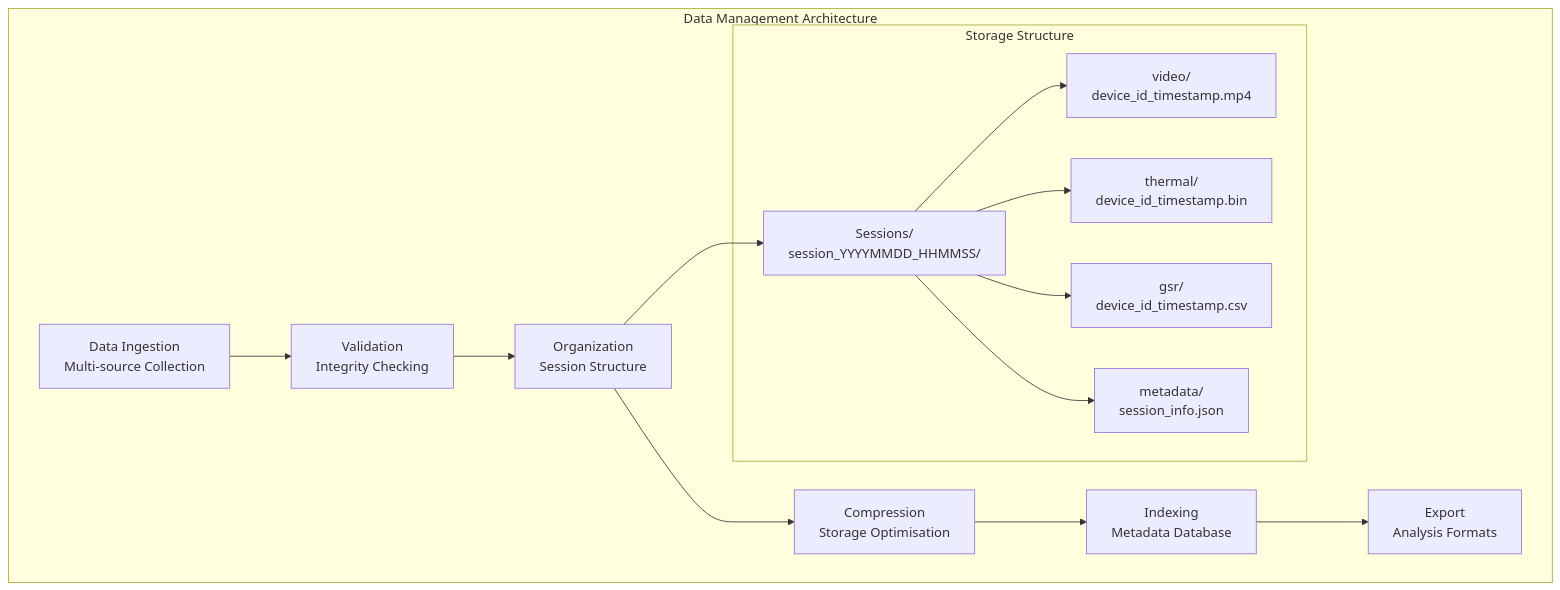
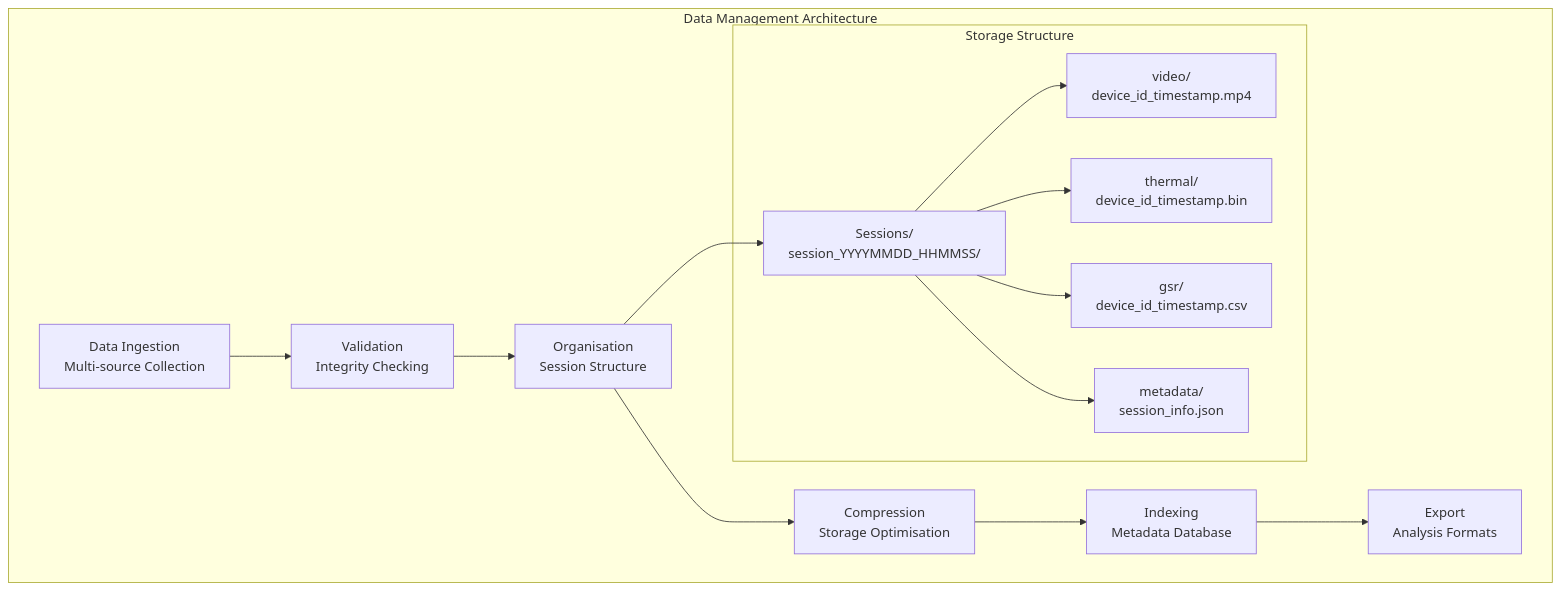
The tenth of 11 diagrams in PythonApp/README.md (buccancs/fyp-multi-sensor-recording-system), drawn with Mermaid before and after one commit. The commit also changed other lines of this file and 46 other files, not shown here.

````diff
--- a/PythonApp/README.md
+++ b/PythonApp/README.md
@@ -1290,31 +1290,31 @@
 ```mermaid
 graph TB
     subgraph "Data Management Architecture"
         INGEST[Data Ingestion<br/>Multi-source Collection]
         VALIDATE[Validation<br/>Integrity Checking]
-        ORGANIS\1[Organization<br/>Session Structure]
+        ORGANIS\1[Organisation<br/>Session Structure]
         COMPRESS[Compression<br/>Storage Optimisation]
         INDEX[Indexing<br/>Metadata Database]
         EXPORT[Export<br/>Analysis Formats]
         
         INGEST --> VALIDATE
         VALIDATE --> ORGANIS\1
         ORGANIS\1 --> COMPRESS
         COMPRESS --> INDEX
         INDEX --> EXPORT
         
         subgraph "Storage Structure"
             SESSIONS[Sessions/<br/>session_YYYYMMDD_HHMMSS/]
             VIDEO[video/<br/>device_id_timestamp.mp4]
             THERMAL[thermal/<br/>device_id_timestamp.bin]
             GSR[gsr/<br/>device_id_timestamp.csv]
             META[metadata/<br/>session_info.json]
         end
         
         ORGANIS\1 --> SESSIONS
         SESSIONS --> VIDEO
         SESSIONS --> THERMAL
         SESSIONS --> GSR
         SESSIONS --> META
     end
 ```
````
